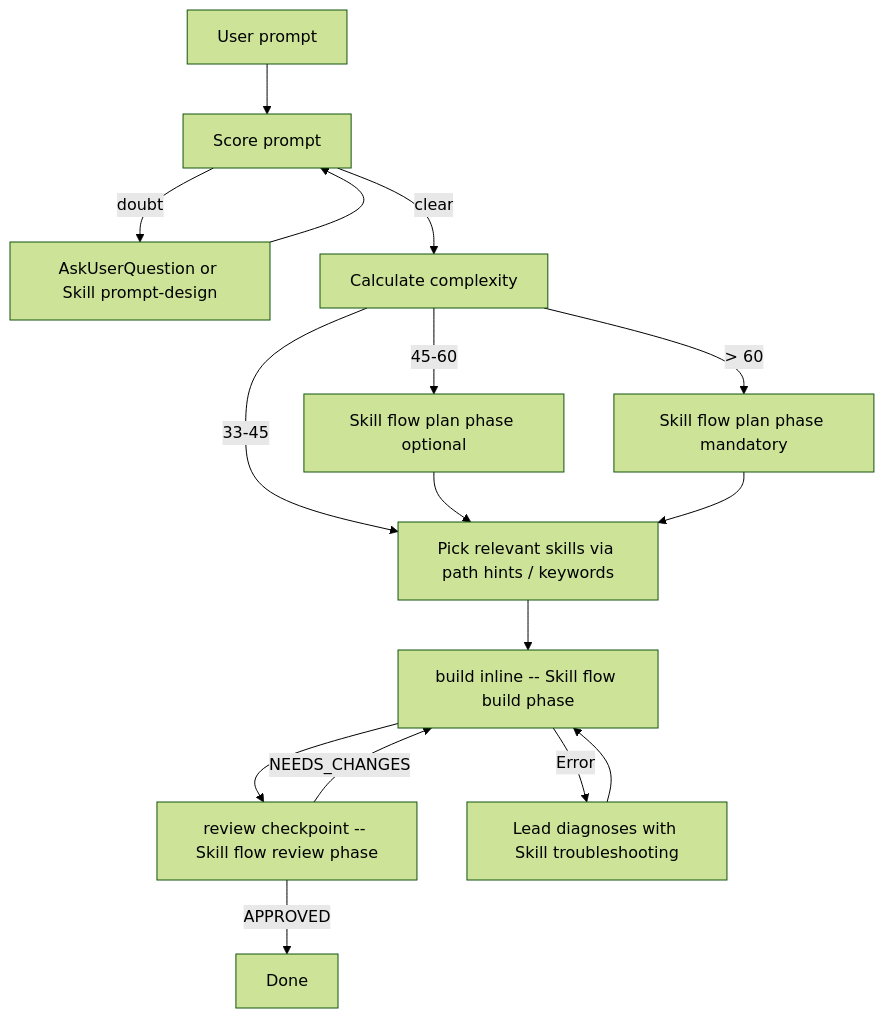
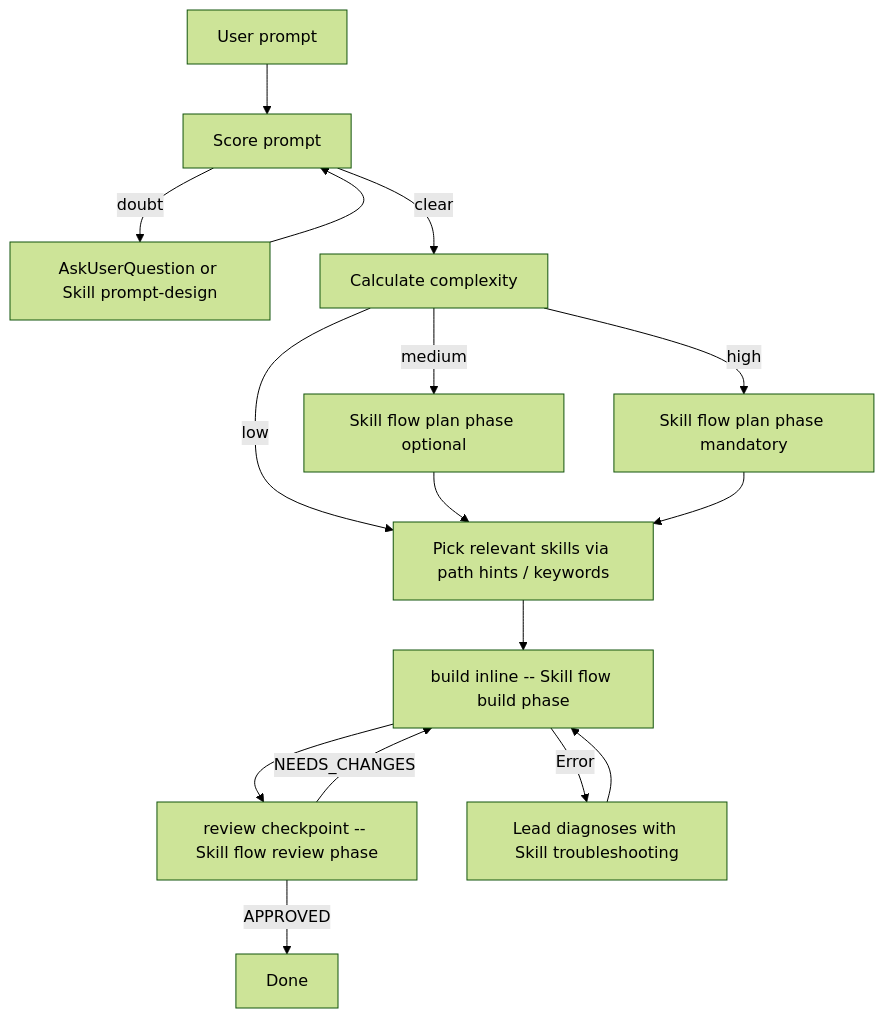
Before and after one commit to MaciWP/poneglyph: the diagram in .claude/docs/system-inventory.md, drawn with Mermaid (forest theme). The commit also changed other lines of this file and 357 other files, not shown here.

````diff
--- a/.claude/docs/system-inventory.md
+++ b/.claude/docs/system-inventory.md
@@ -69,17 +68,17 @@
 ```mermaid
 graph TD
     U[User prompt] --> S[Score prompt]
     S -->|doubt| AQ[AskUserQuestion or Skill prompt-design]
     AQ --> S
     S -->|clear| C[Calculate complexity]
-    C -->|33-45| SK[Pick relevant skills via path hints / keywords]
-    C -->|45-60| P1[Skill flow plan phase optional]
-    C -->|> 60| P2[Skill flow plan phase mandatory]
+    C -->|low| SK[Pick relevant skills via path hints / keywords]
+    C -->|medium| P1[Skill flow plan phase optional]
+    C -->|high| P2[Skill flow plan phase mandatory]
     P1 & P2 --> SK
     SK --> B[build inline -- Skill flow build phase]
     B --> R[review checkpoint -- Skill flow review phase]
     R -->|APPROVED| D[Done]
     R -->|NEEDS_CHANGES| B
     B -->|Error| DG[Lead diagnoses with Skill troubleshooting]
     DG --> B
 ```
````
